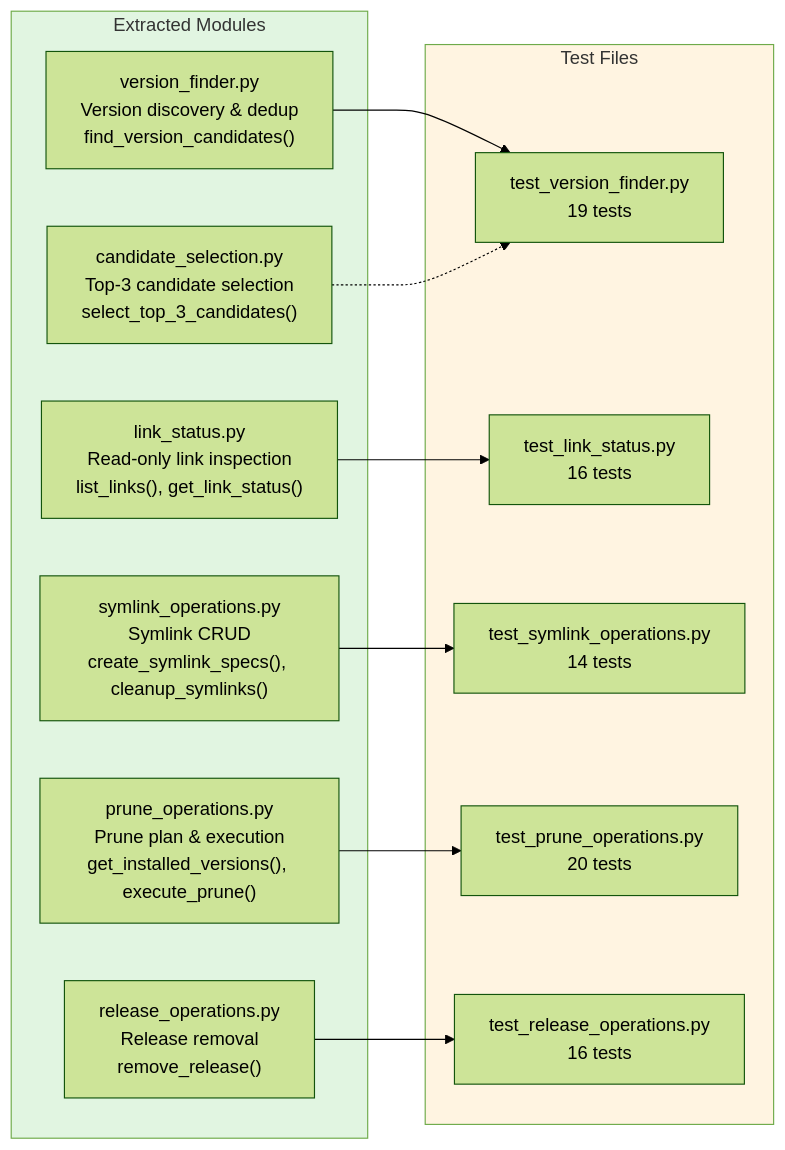
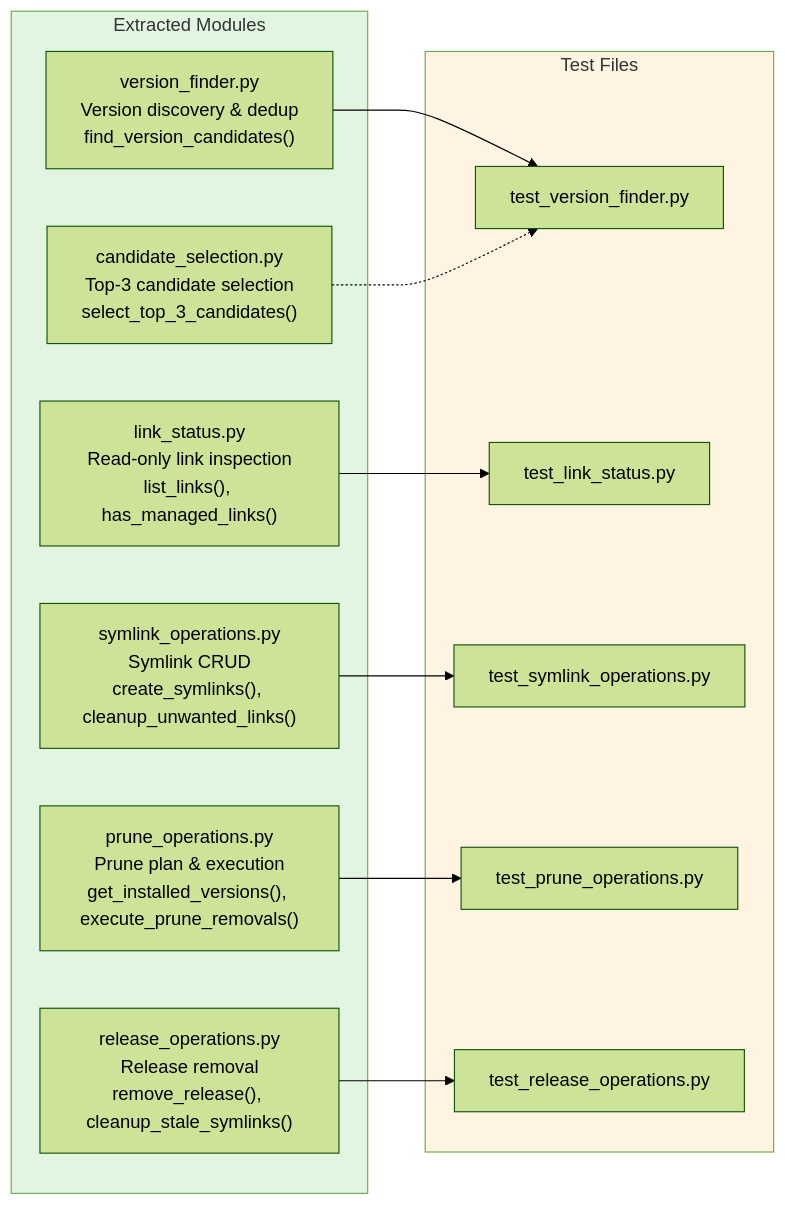
One commit to WombatFromHell/protonge-fetcher changed diagram 12 of 16 in tests/TEST_DESIGN.md. Above: the diagram before and after it, drawn with Mermaid (forest theme). The commit also changed other lines of this file and 1 other file, not shown here.

````diff
--- a/tests/TEST_DESIGN.md
+++ b/tests/TEST_DESIGN.md
@@ -538,29 +538,29 @@
 ```mermaid
 graph LR
     subgraph EXTRACTED["Extracted Modules"]
         VF["version_finder.py<br/>Version discovery & dedup<br/>find_version_candidates()"]
         CS["candidate_selection.py<br/>Top-3 candidate selection<br/>select_top_3_candidates()"]
-        LS["link_status.py<br/>Read-only link inspection<br/>list_links(), get_link_status()"]
-        SO["symlink_operations.py<br/>Symlink CRUD<br/>create_symlink_specs(), cleanup_symlinks()"]
-        PO["prune_operations.py<br/>Prune plan & execution<br/>get_installed_versions(), execute_prune()"]
-        RO["release_operations.py<br/>Release removal<br/>remove_release()"]
+        LS["link_status.py<br/>Read-only link inspection<br/>list_links(), has_managed_links()"]
+        SO["symlink_operations.py<br/>Symlink CRUD<br/>create_symlinks(), cleanup_unwanted_links()"]
+        PO["prune_operations.py<br/>Prune plan & execution<br/>get_installed_versions(), execute_prune_removals()"]
+        RO["release_operations.py<br/>Release removal<br/>remove_release(), cleanup_stale_symlinks()"]
     end
 
     subgraph TESTS["Test Files"]
-        TVF["test_version_finder.py<br/>19 tests"]
-        TLS["test_link_status.py<br/>16 tests"]
-        TSO["test_symlink_operations.py<br/>14 tests"]
-        TPO["test_prune_operations.py<br/>20 tests"]
-        TRO["test_release_operations.py<br/>16 tests"]
+        TVF["test_version_finder.py"]
+        TLS["test_link_status.py"]
+        TSO["test_symlink_operations.py"]
+        TPO["test_prune_operations.py"]
+        TRO["test_release_operations.py"]
     end
 
     VF --> TVF
     CS -.-> TVF
     LS --> TLS
     SO --> TSO
     PO --> TPO
     RO --> TRO
 
     style EXTRACTED fill:#e1f5e1
     style TESTS fill:#fff4e1
 ```
````
